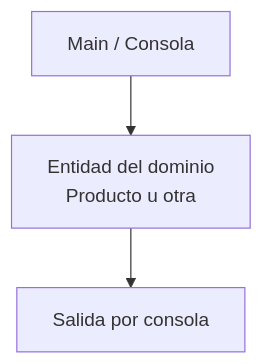
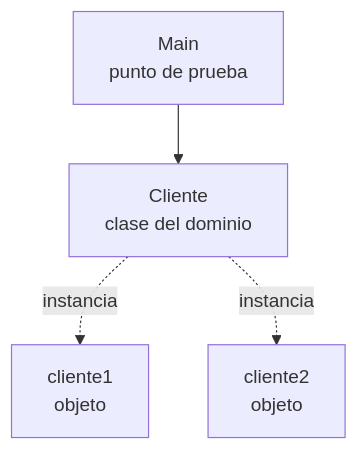
One commit to 262poo/comarket changed the second of 2 diagrams in docs/S01_Clases_Objetos.md. Above: the diagram before and after it, drawn with Mermaid. The commit also changed other lines of this file and 4 other files, not shown here.

````diff
--- a/docs/S01_Clases_Objetos.md
+++ b/docs/S01_Clases_Objetos.md
@@ -50,9 +88,11 @@
 ```mermaid
 flowchart TB
-    Main["Main / Consola"]
-    Entidad["Entidad del dominio<br/>Producto u otra"]
-    Salida["Salida por consola"]
+    Main["Main<br/>punto de prueba"]
+    Clase["Cliente<br/>clase del dominio"]
+    Objeto1["cliente1<br/>objeto"]
+    Objeto2["cliente2<br/>objeto"]
 
-    Main --> Entidad
-    Entidad --> Salida
+    Main --> Clase
+    Clase -. instancia .-> Objeto1
+    Clase -. instancia .-> Objeto2
 ```
````
